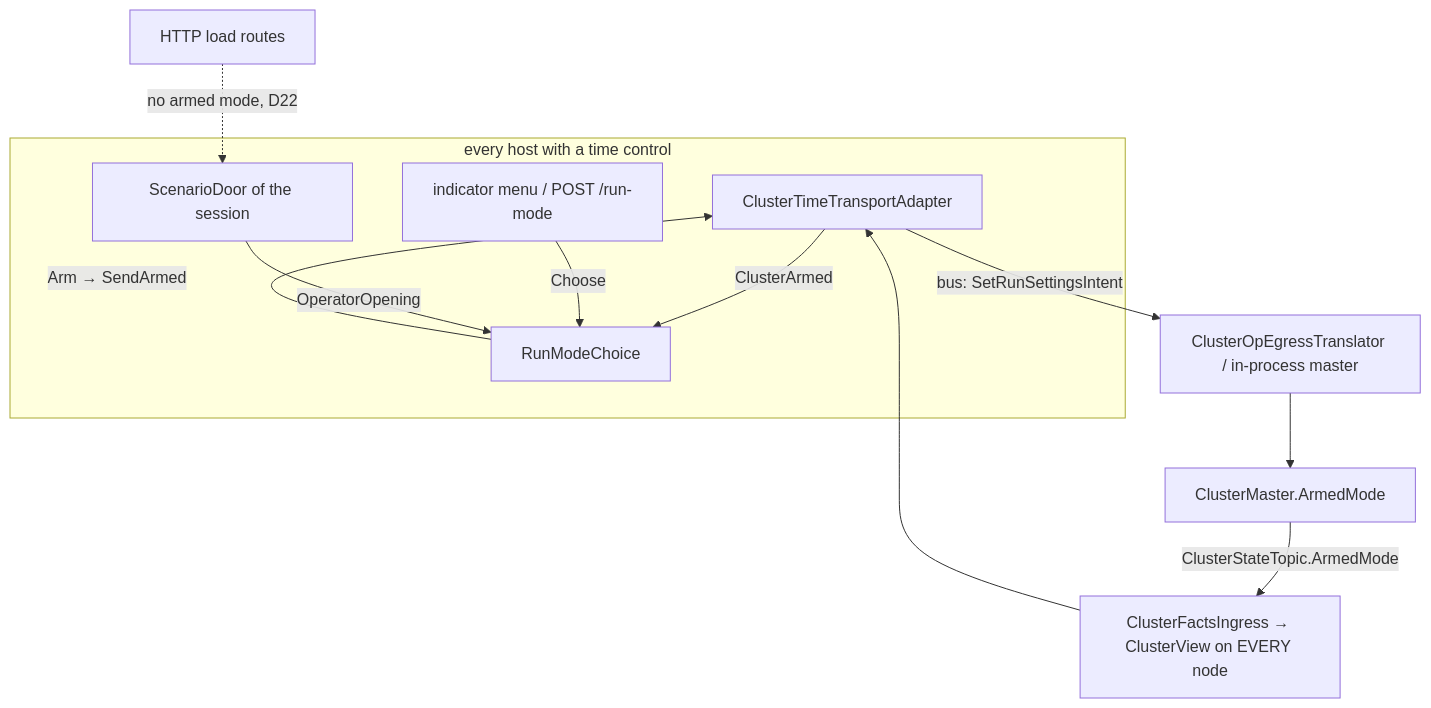
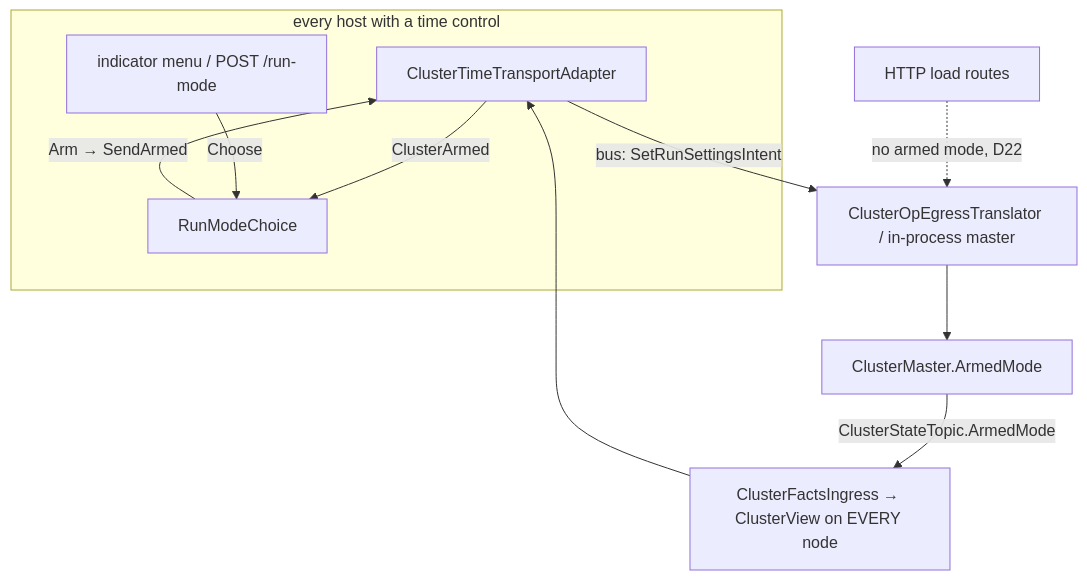
One commit to pjanec/HROT changed diagram 23 of 28 in docs/blueprints/Architect_Question_108_Run_Mode_Picker.md. Above: the diagram before and after it, drawn with Mermaid. The commit also changed other lines of this file and 4 other files, not shown here.

````diff
--- a/docs/blueprints/Architect_Question_108_Run_Mode_Picker.md
+++ b/docs/blueprints/Architect_Question_108_Run_Mode_Picker.md
@@ -1095,14 +1068,13 @@
 ```mermaid
 graph TD
   subgraph every host with a time control
     A[ClusterTimeTransportAdapter] -->|ClusterArmed| C[RunModeChoice]
     C -->|Arm → SendArmed| A
     I[indicator menu / POST /run-mode] -->|Choose| C
-    D[ScenarioDoor of the session] -->|OperatorOpening| C
   end
   A -->|bus: SetRunSettingsIntent| E[ClusterOpEgressTranslator / in-process master]
   E --> M[ClusterMaster.ArmedMode]
   M -->|ClusterStateTopic.ArmedMode| F[ClusterFactsIngress → ClusterView on EVERY node]
   F --> A
-  H[HTTP load routes] -.->|no armed mode, D22| D
+  H[HTTP load routes] -.->|no armed mode, D22| E
 ```
````
